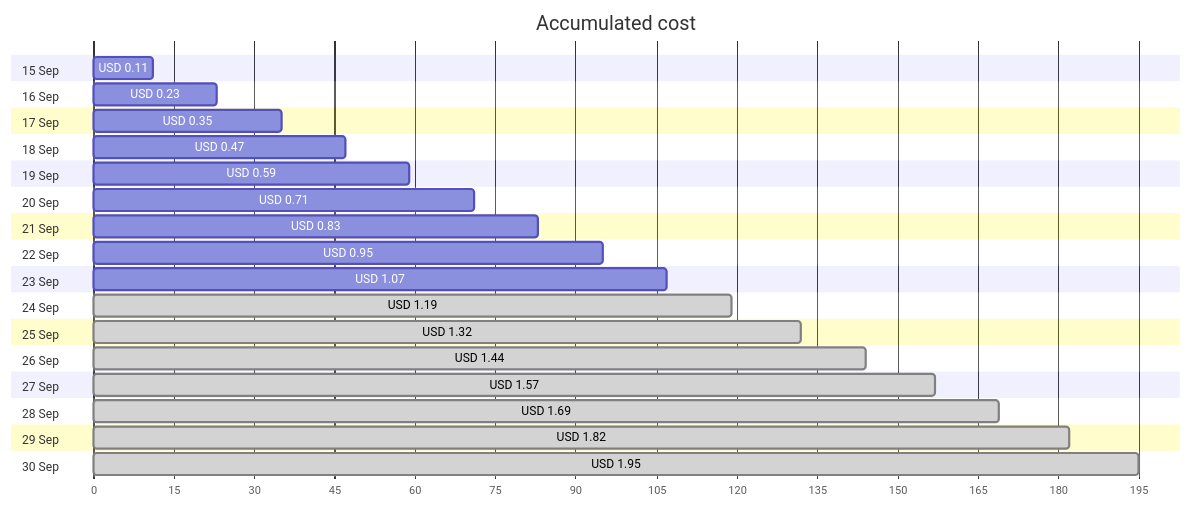
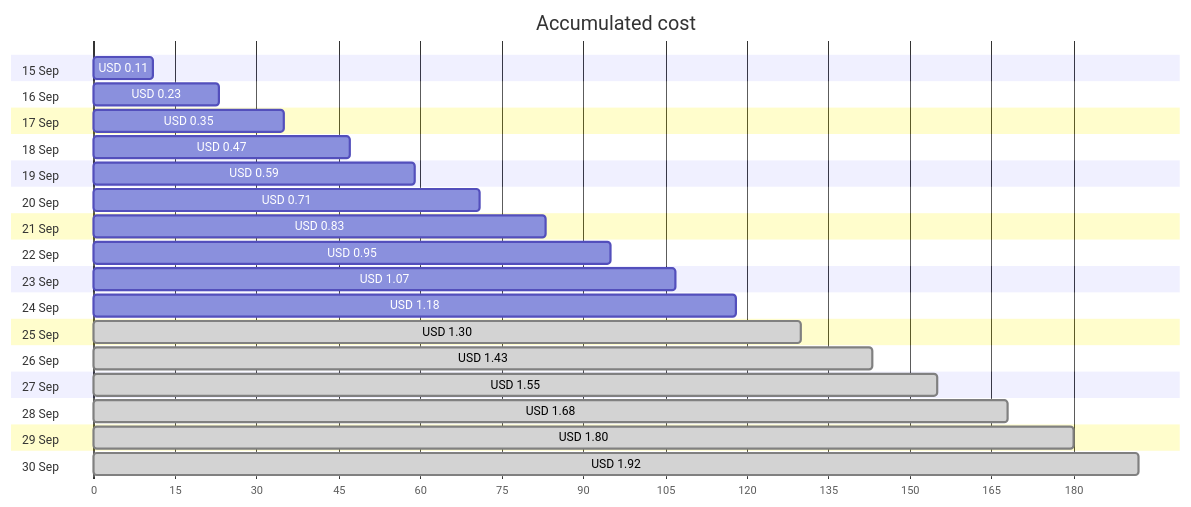
The first of 4 diagrams in cost-reports/personal-network/vpn-server-public-ip.md (jpfulton/azure-personal-reports), drawn with Mermaid before and after one commit. The commit also changed other lines of this file and 9 other files, not shown here.

````diff
--- a/cost-reports/personal-network/vpn-server-public-ip.md
+++ b/cost-reports/personal-network/vpn-server-public-ip.md
@@ -20,38 +20,38 @@
 ```mermaid
 gantt
    title Accumulated cost
    dateFormat  X
    axisFormat %s
    section 15 Sep
    USD 0.11 :0, 11
    section 16 Sep
    USD 0.23 :0, 23
    section 17 Sep
    USD 0.35 :0, 35
    section 18 Sep
    USD 0.47 :0, 47
    section 19 Sep
    USD 0.59 :0, 59
    section 20 Sep
    USD 0.71 :0, 71
    section 21 Sep
    USD 0.83 :0, 83
    section 22 Sep
    USD 0.95 :0, 95
    section 23 Sep
    USD 1.07 :0, 107
    section 24 Sep
-   USD 1.19 : done, 0, 119
+   USD 1.18 :0, 118
    section 25 Sep
-   USD 1.32 : done, 0, 132
+   USD 1.30 : done, 0, 130
    section 26 Sep
-   USD 1.44 : done, 0, 144
+   USD 1.43 : done, 0, 143
    section 27 Sep
-   USD 1.57 : done, 0, 157
+   USD 1.55 : done, 0, 155
    section 28 Sep
-   USD 1.69 : done, 0, 169
+   USD 1.68 : done, 0, 168
    section 29 Sep
-   USD 1.82 : done, 0, 182
+   USD 1.80 : done, 0, 180
    section 30 Sep
-   USD 1.95 : done, 0, 195
+   USD 1.92 : done, 0, 192
 ```
````
